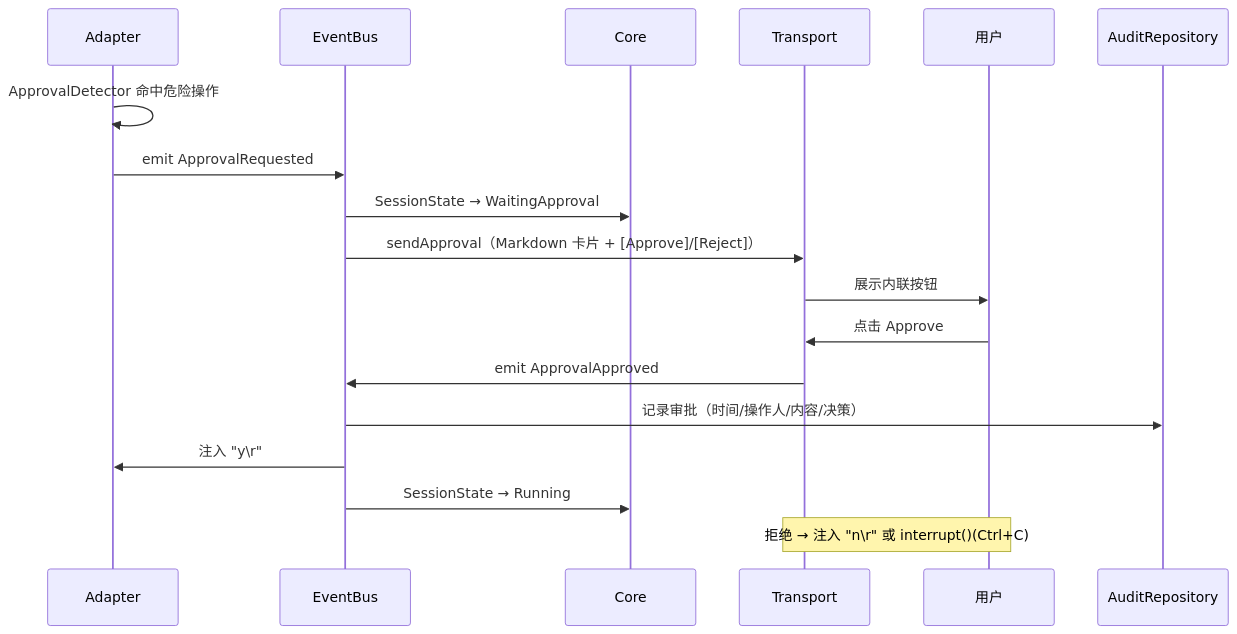
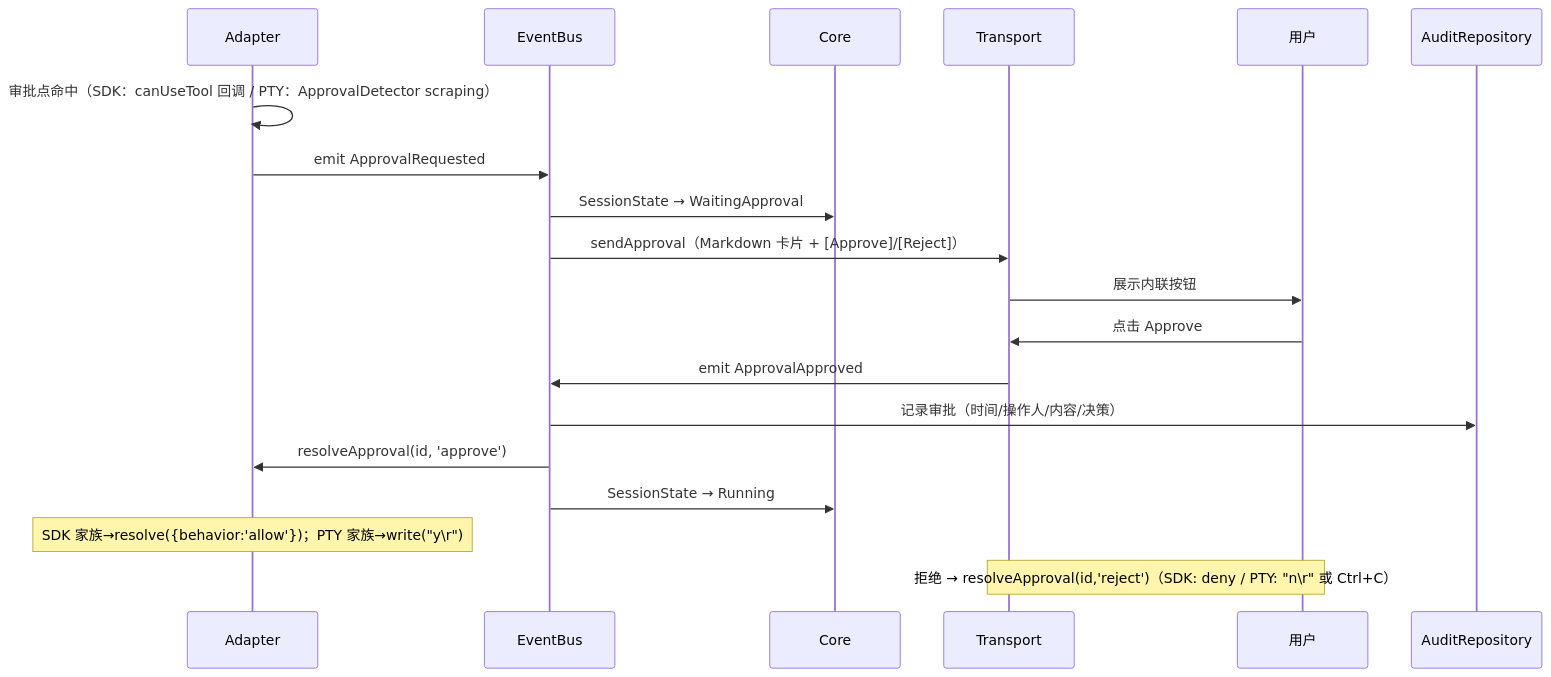
The sixth of 15 diagrams in docs/02-Architecture.md (ygq-future/ai-cli-hub), drawn with Mermaid before and after one commit. The commit also changed other lines of this file and 7 other files, not shown here.

First line of the commit message:
docs(D11): CLIAdapter 语义接缝 + Claude 走 Agent SDK,PTY 降为备用

````diff
--- a/docs/02-Architecture.md
+++ b/docs/02-Architecture.md
@@ -296,21 +308,22 @@
 ```mermaid
 sequenceDiagram
     participant A as Adapter
     participant B as EventBus
     participant C as Core
     participant T as Transport
     participant U as 用户
     participant AU as AuditRepository
 
-    A->>A: ApprovalDetector 命中危险操作
+    A->>A: 审批点命中（SDK：canUseTool 回调 / PTY：ApprovalDetector scraping）
     A->>B: emit ApprovalRequested
     B->>C: SessionState → WaitingApproval
     B->>T: sendApproval（Markdown 卡片 + [Approve]/[Reject]）
     T->>U: 展示内联按钮
     U->>T: 点击 Approve
     T->>B: emit ApprovalApproved
     B->>AU: 记录审批（时间/操作人/内容/决策）
-    B->>A: 注入 "y\r"
+    B->>A: resolveApproval(id, 'approve')
     B->>C: SessionState → Running
-    Note over T,U: 拒绝 → 注入 "n\r" 或 interrupt()(Ctrl+C)
+    Note over A: SDK 家族→resolve({behavior:'allow'})；PTY 家族→write("y\r")
+    Note over T,U: 拒绝 → resolveApproval(id,'reject')（SDK: deny / PTY: "n\r" 或 Ctrl+C）
 ```
````
